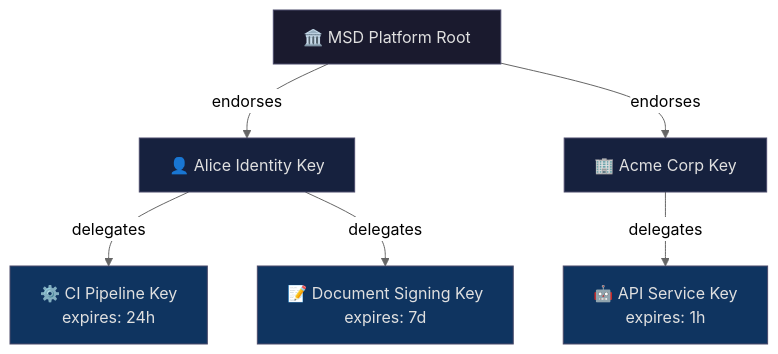
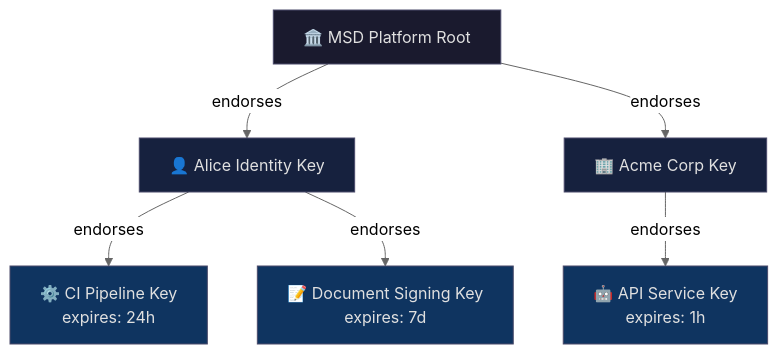
One commit to UlfBissbort/msd-sdk-python changed the first of 2 diagrams in docs/key-management.md. Above: the diagram before and after it, drawn with Mermaid (neutral theme). The commit also changed other lines of this file, not shown here.

Commit message:
Refactor Key Management Guide: Update terminology from "delegated" to "endorsed" for clarity and consistency

````diff
--- a/docs/key-management.md
+++ b/docs/key-management.md
@@ -16,15 +16,15 @@
 ```mermaid
 graph TD
     Root[🏛️ MSD Platform Root] -->|endorses| I1[👤 Alice Identity Key]
     Root -->|endorses| I2[🏢 Acme Corp Key]
-    I1 -->|delegates| W1[⚙️ CI Pipeline Key<br/>expires: 24h]
-    I1 -->|delegates| W2[📝 Document Signing Key<br/>expires: 7d]
-    I2 -->|delegates| W3[🤖 API Service Key<br/>expires: 1h]
+    I1 -->|endorses| W1[⚙️ CI Pipeline Key<br/>expires: 24h]
+    I1 -->|endorses| W2[📝 Document Signing Key<br/>expires: 7d]
+    I2 -->|endorses| W3[🤖 API Service Key<br/>expires: 1h]
     
     style Root fill:#1a1a2e,stroke:#4a4a6a,color:#e0e0e0
     style I1 fill:#16213e,stroke:#4a4a6a,color:#e0e0e0
     style I2 fill:#16213e,stroke:#4a4a6a,color:#e0e0e0
     style W1 fill:#0f3460,stroke:#4a4a6a,color:#e0e0e0
     style W2 fill:#0f3460,stroke:#4a4a6a,color:#e0e0e0
     style W3 fill:#0f3460,stroke:#4a4a6a,color:#e0e0e0
 ```
````
